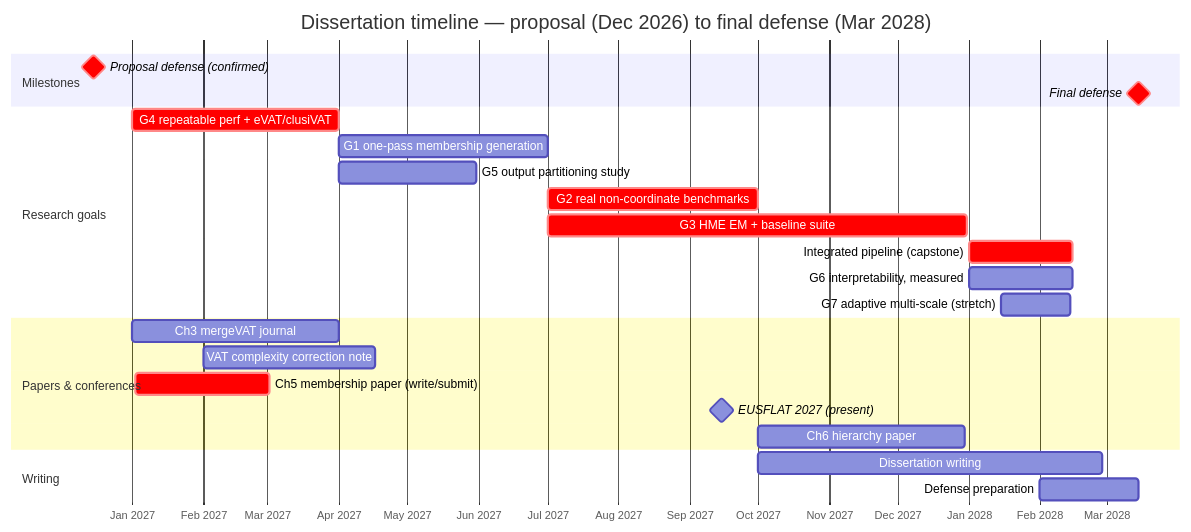
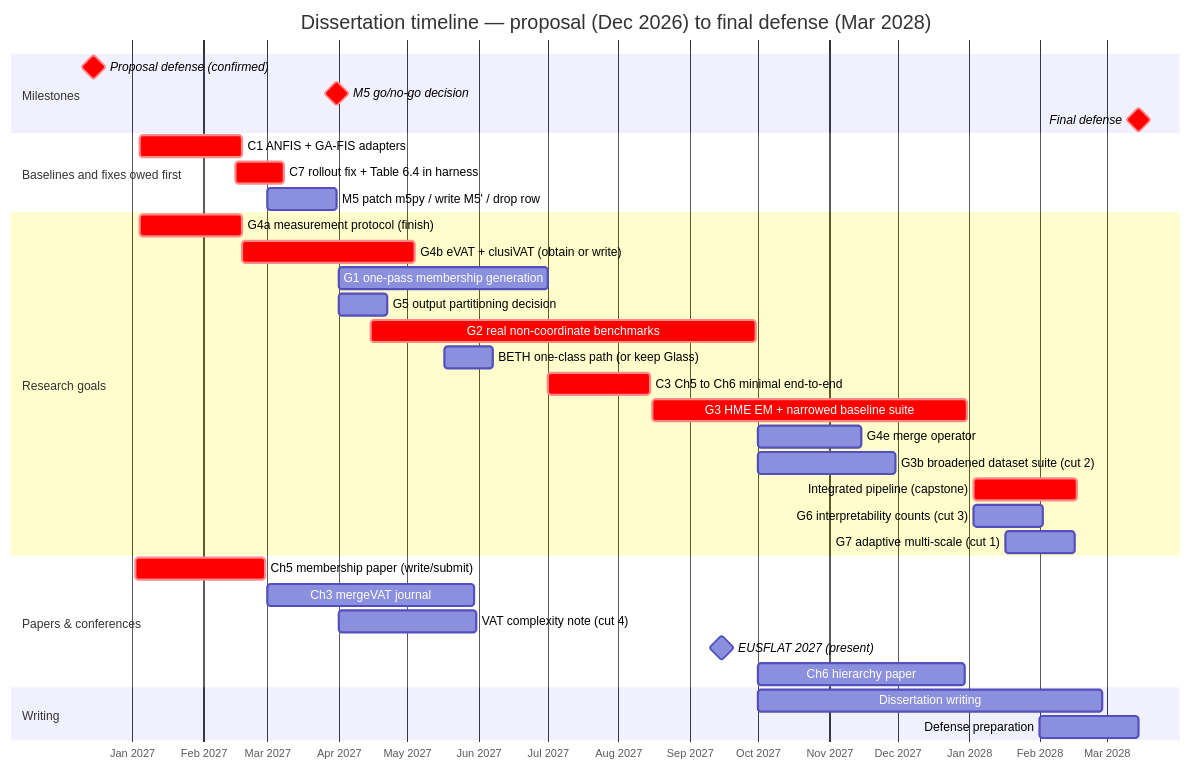
Before and after one commit to fundthmcalculus/grad-school: the diagram in research/proposal-defense/prose/10-timeline.md, drawn with Mermaid. The commit also changed other lines of this file and 11 other files, not shown here.

````diff
--- a/research/proposal-defense/prose/10-timeline.md
+++ b/research/proposal-defense/prose/10-timeline.md
@@ -7,32 +15,43 @@
 ```mermaid
 gantt
     title Dissertation timeline — proposal (Dec 2026) to final defense (Mar 2028)
     dateFormat  YYYY-MM-DD
     axisFormat  %b %Y
     todayMarker off
 
     section Milestones
     Proposal defense (confirmed)              :milestone, crit, 2026-12-15, 0d
+    M5 go/no-go decision                      :milestone, crit, m5d, 2027-03-31, 0d
     Final defense                             :milestone, crit, 2028-03-15, 0d
 
+    section Baselines and fixes owed first
+    C1 ANFIS + GA-FIS adapters                :crit, c1, 2027-01-04, 45d
+    C7 rollout fix + Table 6.4 in harness     :crit, c7, 2027-02-15, 21d
+    M5 patch m5py / write M5' / drop row      :m5, 2027-03-01, 30d
+
     section Research goals
-    G4 repeatable perf + eVAT/clusiVAT        :crit, g4, 2027-01-01, 90d
+    G4a measurement protocol (finish)         :crit, g4a, 2027-01-04, 45d
+    G4b eVAT + clusiVAT (obtain or write)     :crit, g4b, 2027-02-18, 75d
     G1 one-pass membership generation         :g1, 2027-04-01, 91d
-    G5 output partitioning study              :g5a, 2027-04-01, 60d
-    G2 real non-coordinate benchmarks         :crit, g2, 2027-07-01, 92d
-    G3 HME EM + baseline suite                :crit, g3, 2027-07-01, 183d
-    Integrated pipeline (capstone)            :crit, cap, 2028-01-01, 45d
-    G6 interpretability, measured             :g6, 2028-01-01, 45d
-    G7 adaptive multi-scale (stretch)         :g7, 2028-01-15, 30d
+    G5 output partitioning decision           :g5a, 2027-04-01, 21d
+    G2 real non-coordinate benchmarks         :crit, g2, 2027-04-15, 168d
+    BETH one-class path (or keep Glass)       :beth, 2027-05-17, 21d
+    C3 Ch5 to Ch6 minimal end-to-end          :crit, c3, 2027-07-01, 45d
+    G3 HME EM + narrowed baseline suite       :crit, g3, 2027-08-16, 137d
+    G4e merge operator: composition test      :g4e, 2027-10-01, 45d
+    G3b broadened dataset suite (cut 2)       :g3b, 2027-10-01, 60d
+    Integrated pipeline (capstone)            :crit, cap, 2028-01-03, 45d
+    G6 interpretability counts (cut 3)        :g6, 2028-01-03, 30d
+    G7 adaptive multi-scale (cut 1)           :g7, 2028-01-17, 30d
 
     section Papers & conferences
-    Ch3 mergeVAT journal                          :p3, 2027-01-01, 90d
-    VAT complexity correction note            :pk, 2027-02-01, 75d
-    Ch5 membership paper (write/submit)       :crit, p5, 2027-01-02, 59d
+    Ch5 membership paper (write/submit)       :crit, p5, 2027-01-02, 57d
+    Ch3 mergeVAT journal                      :p3, 2027-03-01, 90d
+    VAT complexity note (cut 4)               :pk, 2027-04-01, 60d
     EUSFLAT 2027 (present)                    :milestone, e27, 2027-09-15, 0d
     Ch6 hierarchy paper                       :p6, 2027-10-01, 90d
 
     section Writing
     Dissertation writing                      :w, 2027-10-01, 150d
     Defense preparation                       :wp, 2028-02-01, 43d
 ```
````
